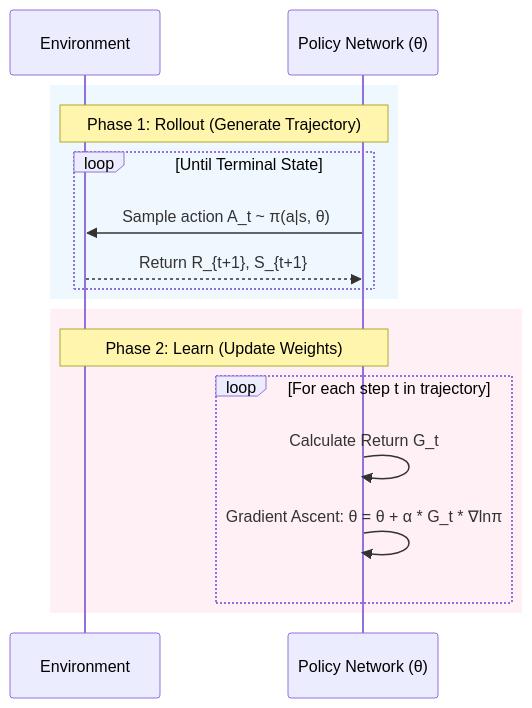
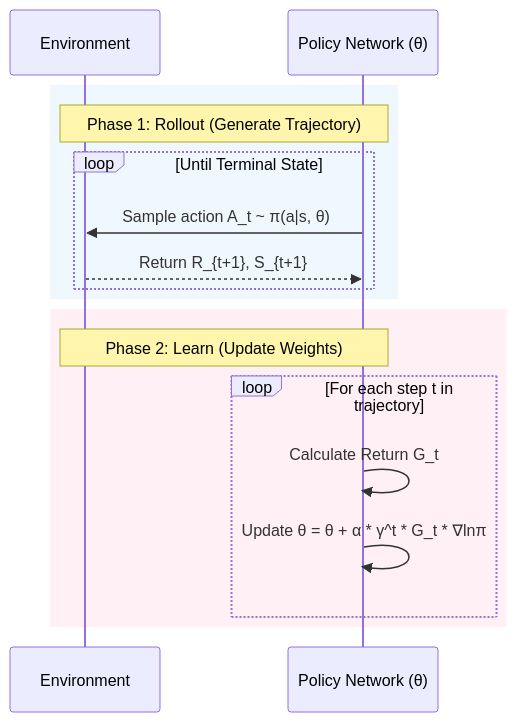
One commit to samratkar/drl changed the diagram in barto-sutton-graesser-keng/lecture9-policy-gradient/lecture9-policy-gradient.md. Above: the diagram before and after it, drawn with Mermaid. The commit also changed other lines of this file and 5 other files, not shown here.

````diff
--- a/barto-sutton-graesser-keng/lecture9-policy-gradient/lecture9-policy-gradient.md
+++ b/barto-sutton-graesser-keng/lecture9-policy-gradient/lecture9-policy-gradient.md
@@ -119,21 +144,21 @@
 ```mermaid
 sequenceDiagram
     participant Env as Environment
     participant Agent as Policy Network (θ)
     
     rect rgb(240, 248, 255)
     Note over Env, Agent: Phase 1: Rollout (Generate Trajectory)
     loop Until Terminal State
         Agent->>Env: Sample action A_t ~ π(a|s, θ)
         Env-->>Agent: Return R_{t+1}, S_{t+1}
     end
     end
     
     rect rgb(255, 240, 245)
     Note over Env, Agent: Phase 2: Learn (Update Weights)
     loop For each step t in trajectory
         Agent->>Agent: Calculate Return G_t
-        Agent->>Agent: Gradient Ascent: θ = θ + α * G_t * ∇lnπ
+        Agent->>Agent: Update θ = θ + α * γ^t * G_t * ∇lnπ
     end
     end
 ```
````
